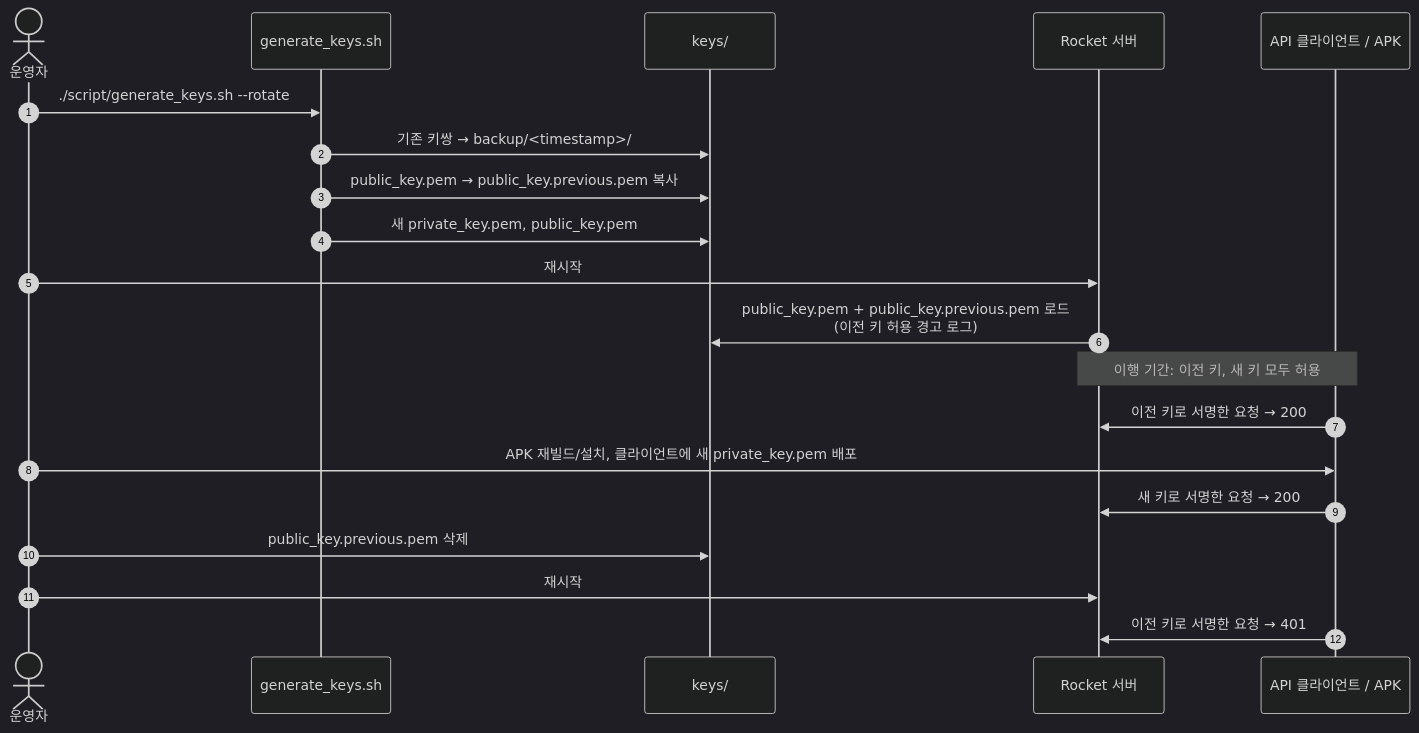
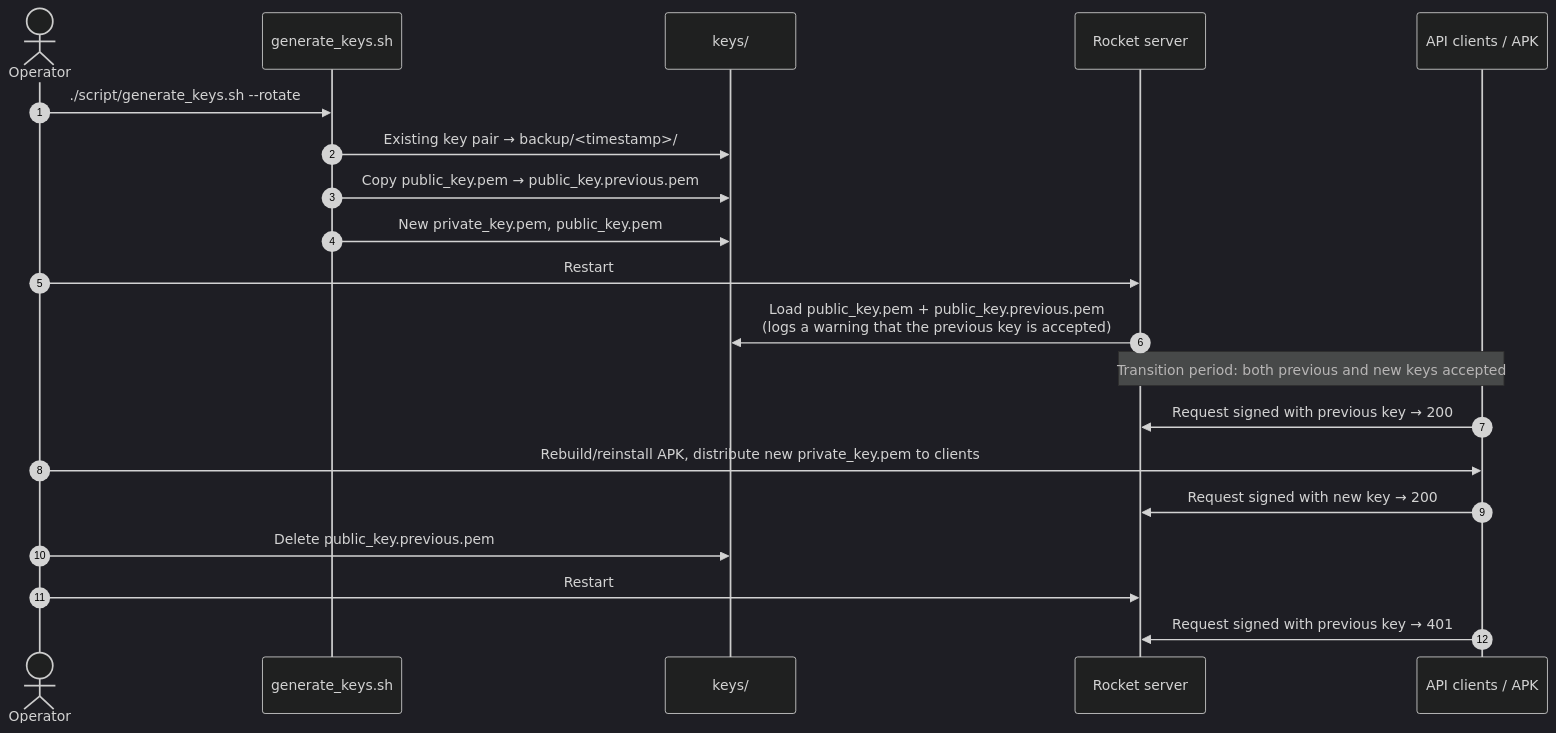
Before and after one commit to rouddy/sms_transmitter: the fourth of 4 diagrams in sms_transmitter_rocket/jwt_certificate.md, drawn with Mermaid (dark theme). The commit also changed other lines of this file and 3 other files, not shown here.

````diff
--- a/sms_transmitter_rocket/jwt_certificate.md
+++ b/sms_transmitter_rocket/jwt_certificate.md
@@ -156,25 +156,25 @@
 ```mermaid
 sequenceDiagram
     autonumber
-    actor Admin as 운영자
+    actor Admin as Operator
     participant Script as generate_keys.sh
     participant Keys as keys/
-    participant Server as Rocket 서버
-    participant Callers as API 클라이언트 / APK
+    participant Server as Rocket server
+    participant Callers as API clients / APK
 
     Admin->>Script: ./script/generate_keys.sh --rotate
-    Script->>Keys: 기존 키쌍 → backup/<timestamp>/
-    Script->>Keys: public_key.pem → public_key.previous.pem 복사
-    Script->>Keys: 새 private_key.pem, public_key.pem
-    Admin->>Server: 재시작
-    Server->>Keys: public_key.pem + public_key.previous.pem 로드<br/>(이전 키 허용 경고 로그)
+    Script->>Keys: Existing key pair → backup/<timestamp>/
+    Script->>Keys: Copy public_key.pem → public_key.previous.pem
+    Script->>Keys: New private_key.pem, public_key.pem
+    Admin->>Server: Restart
+    Server->>Keys: Load public_key.pem + public_key.previous.pem<br/>(logs a warning that the previous key is accepted)
 
-    Note over Server,Callers: 이행 기간: 이전 키, 새 키 모두 허용
-    Callers->>Server: 이전 키로 서명한 요청 → 200
-    Admin->>Callers: APK 재빌드/설치, 클라이언트에 새 private_key.pem 배포
-    Callers->>Server: 새 키로 서명한 요청 → 200
+    Note over Server,Callers: Transition period: both previous and new keys accepted
+    Callers->>Server: Request signed with previous key → 200
+    Admin->>Callers: Rebuild/reinstall APK, distribute new private_key.pem to clients
+    Callers->>Server: Request signed with new key → 200
 
-    Admin->>Keys: public_key.previous.pem 삭제
-    Admin->>Server: 재시작
-    Callers->>Server: 이전 키로 서명한 요청 → 401
+    Admin->>Keys: Delete public_key.previous.pem
+    Admin->>Server: Restart
+    Callers->>Server: Request signed with previous key → 401
 ```
````
